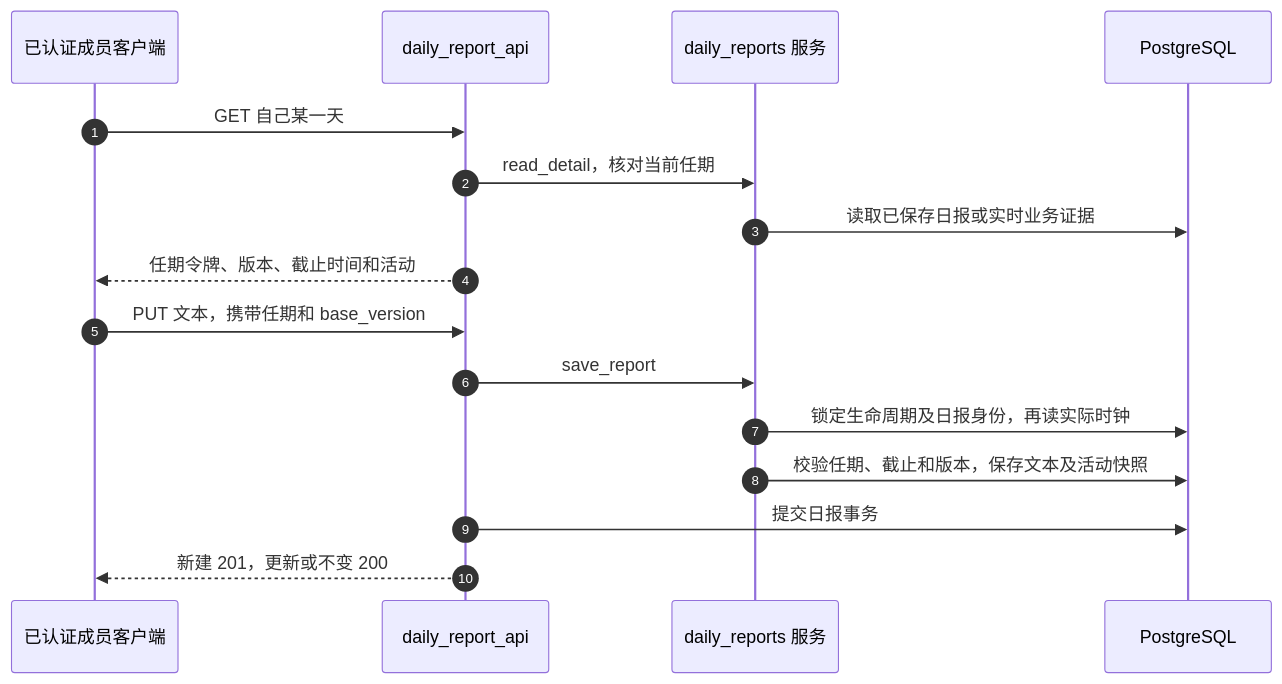
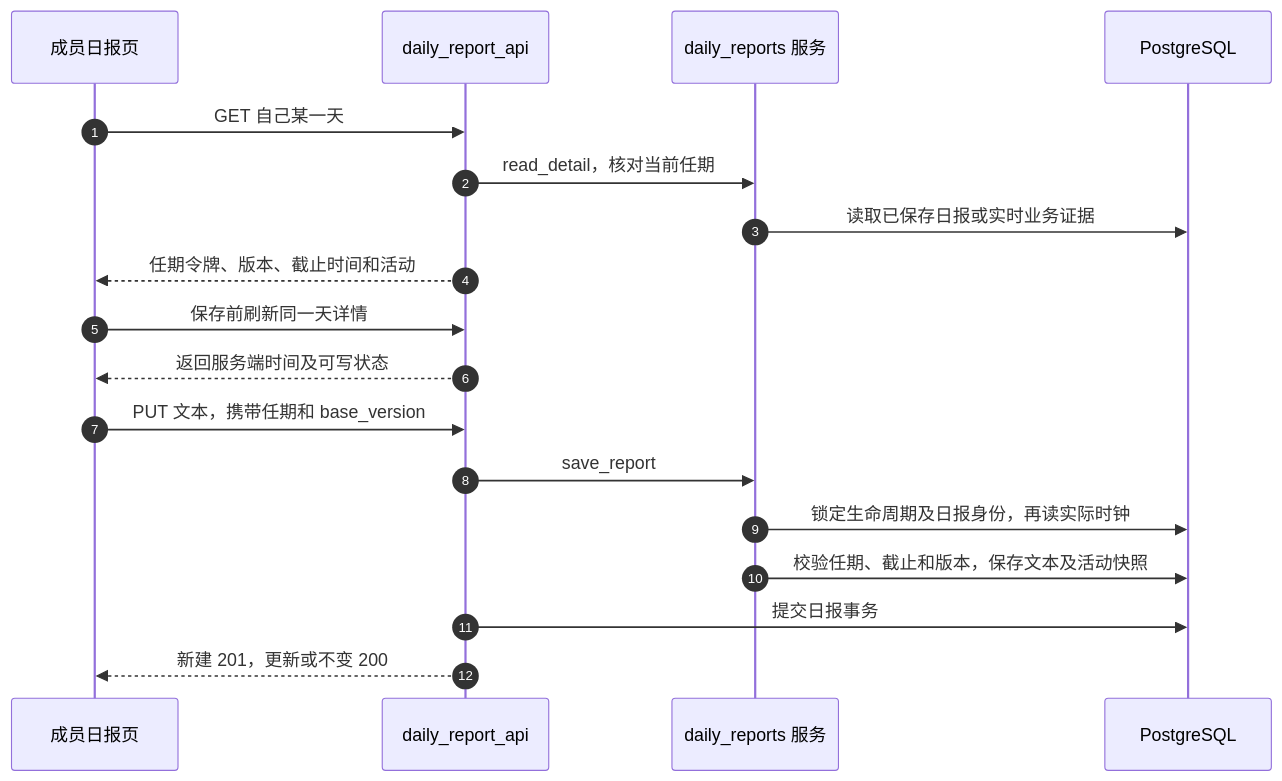
One commit to Orientation-CD/docs changed the diagram in zh/reference/flows/daily-report-flow.md. Above: the diagram before and after it, drawn with Mermaid. The commit also changed other lines of this file and 189 other files, not shown here.

````diff
--- a/zh/reference/flows/daily-report-flow.md
+++ b/zh/reference/flows/daily-report-flow.md
@@ -13,18 +17,20 @@
 ```mermaid
 sequenceDiagram
   autonumber
-  participant M as 已认证成员客户端
+  participant M as 成员日报页
   participant API as daily_report_api
   participant S as daily_reports 服务
   participant DB as PostgreSQL
   M->>API: GET 自己某一天
   API->>S: read_detail，核对当前任期
   S->>DB: 读取已保存日报或实时业务证据
   API-->>M: 任期令牌、版本、截止时间和活动
+  M->>API: 保存前刷新同一天详情
+  API-->>M: 返回服务端时间及可写状态
   M->>API: PUT 文本，携带任期和 base_version
   API->>S: save_report
   S->>DB: 锁定生命周期及日报身份，再读实际时钟
   S->>DB: 校验任期、截止和版本，保存文本及活动快照
   API->>DB: 提交日报事务
   API-->>M: 新建 201，更新或不变 200
 ```
````
